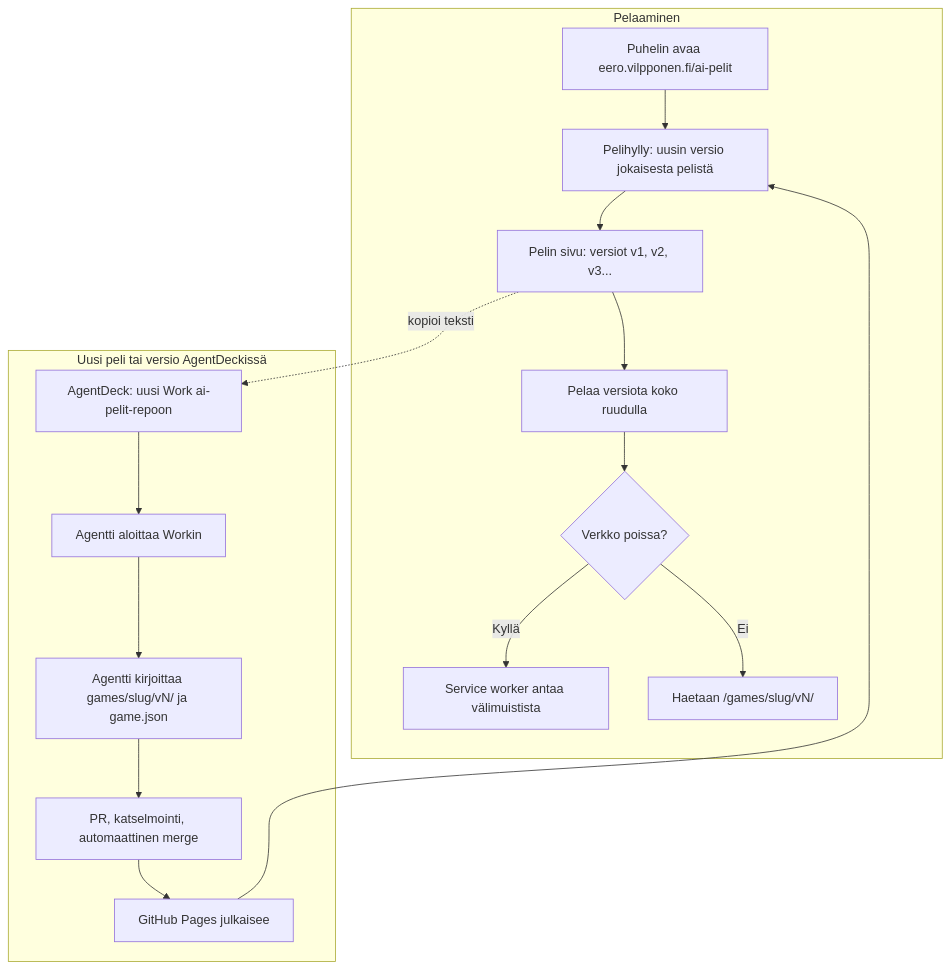
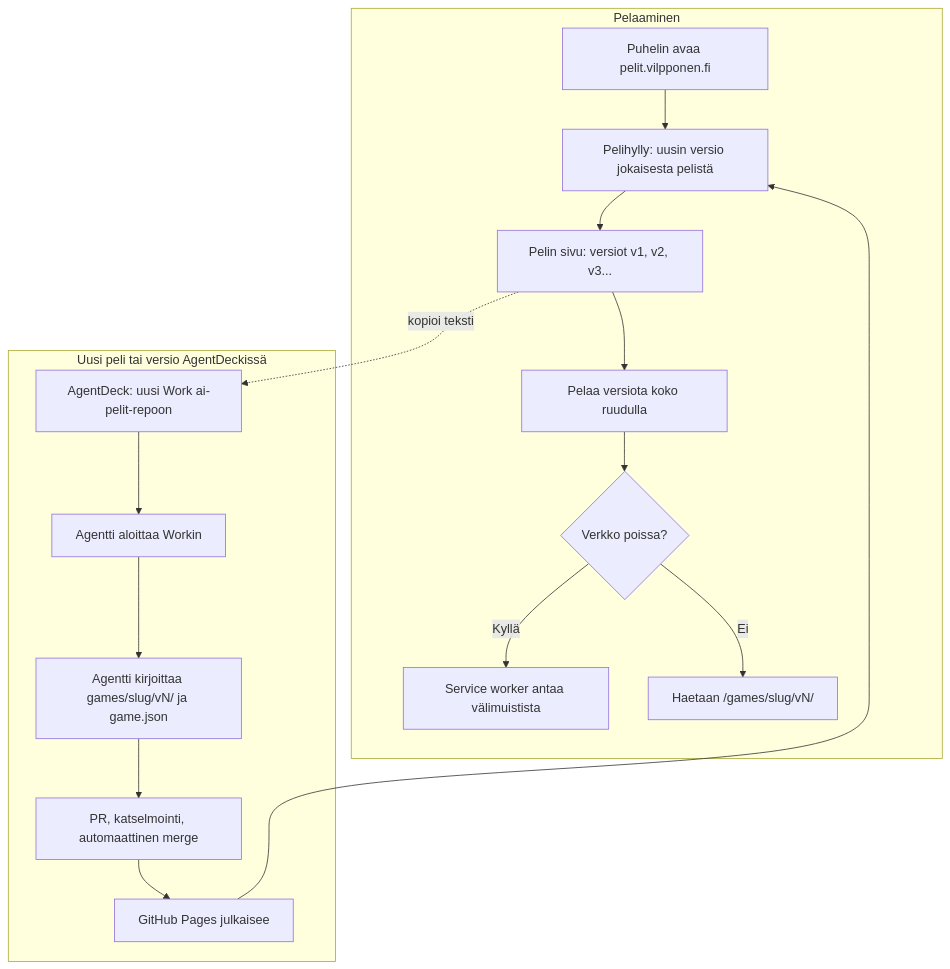
The diagram in docs/diagrams/ai-pelit.md (eerovil/ai-pelit), drawn with Mermaid before and after one commit. The commit also changed 4 other files, not shown here.

First line of the commit message:
Serve the shelf from the root of pelit.vilpponen.fi

````diff
--- a/docs/diagrams/ai-pelit.md
+++ b/docs/diagrams/ai-pelit.md
@@ -8,25 +8,25 @@
 ```mermaid
 flowchart TD
   subgraph Pelaaminen
-    A[Puhelin avaa eero.vilpponen.fi/ai-pelit] --> B[Pelihylly: uusin versio jokaisesta pelistä]
+    A[Puhelin avaa pelit.vilpponen.fi] --> B[Pelihylly: uusin versio jokaisesta pelistä]
     B --> C[Pelin sivu: versiot v1, v2, v3...]
     C --> D[Pelaa versiota koko ruudulla]
     D --> E{Verkko poissa?}
     E -- Kyllä --> F[Service worker antaa välimuistista]
     E -- Ei --> G[Haetaan /games/slug/vN/]
   end
   subgraph Uusi peli tai versio AgentDeckissä
     C -. kopioi teksti .-> H[AgentDeck: uusi Work ai-pelit-repoon]
     H --> L[Agentti aloittaa Workin]
     L --> M[Agentti kirjoittaa games/slug/vN/ ja game.json]
     M --> N[PR, katselmointi, automaattinen merge]
     N --> O[GitHub Pages julkaisee]
     O --> B
   end
   class A,B,C,D blue
   class E amber
   class F,G teal
   class H violet
   class L,M,N rose
   class O green
 ```
````
